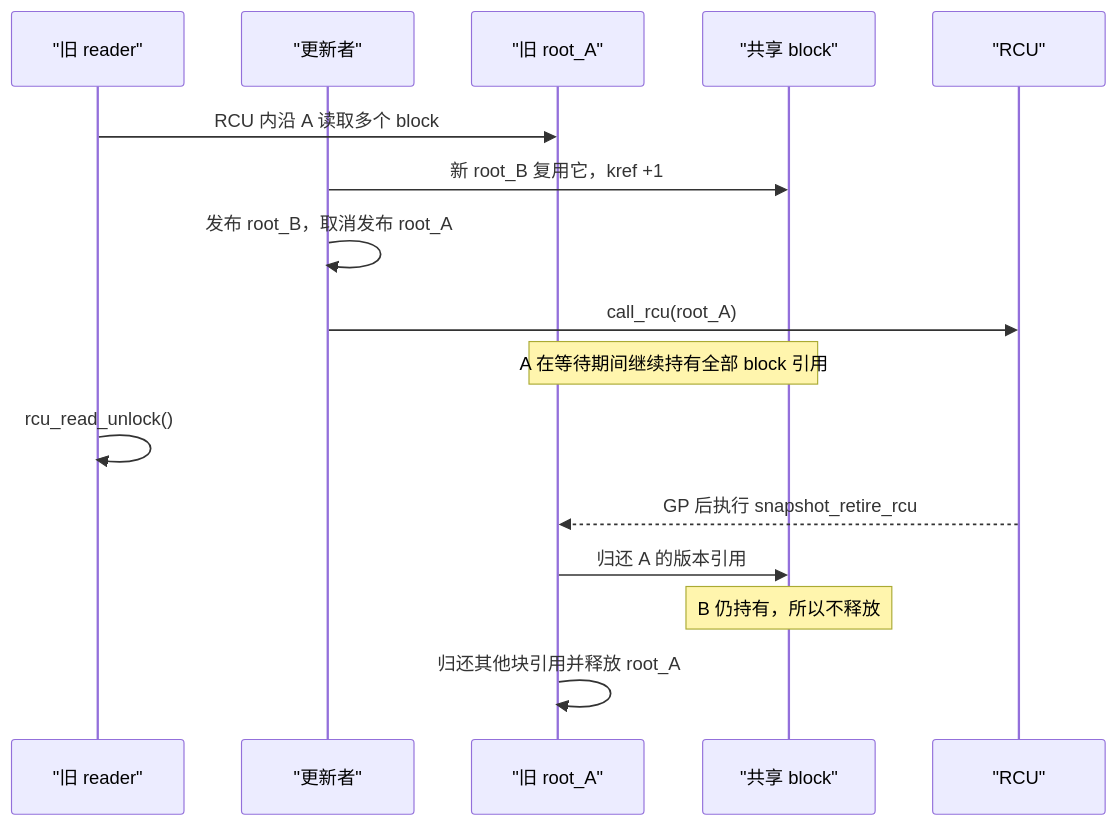
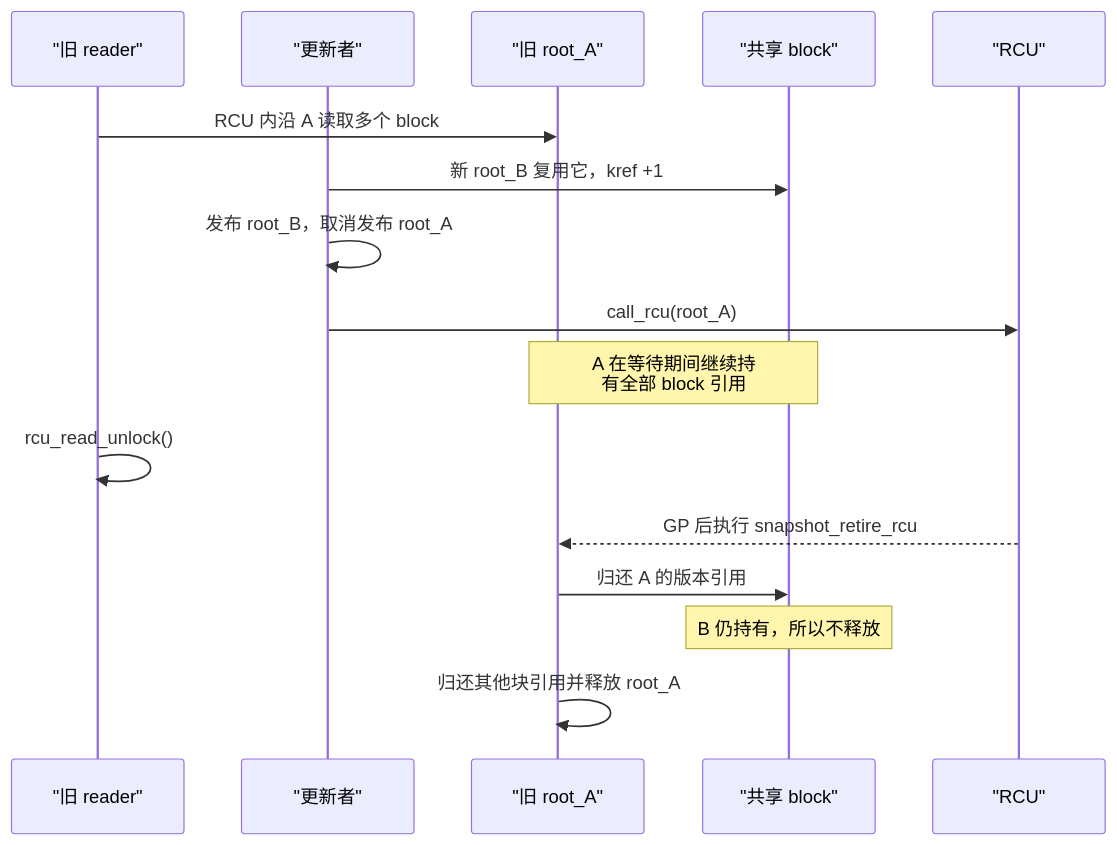
The second of 2 diagrams in knowledge/linux/synchronization/rcu/P04_RCU_kref与复合对象生命周期.md (FormingSystem/linux_note), drawn with Mermaid before and after one commit. The commit also changed other lines of this file and 2 other files, not shown here.

````diff
--- a/knowledge/linux/synchronization/rcu/P04_RCU_kref与复合对象生命周期.md
+++ b/knowledge/linux/synchronization/rcu/P04_RCU_kref与复合对象生命周期.md
@@ -336,19 +336,19 @@
 ```mermaid
 sequenceDiagram
     participant R as "旧 reader"
     participant W as "更新者"
     participant A as "旧 root_A"
     participant Shared as "共享 block"
     participant GP as "RCU"
 
     R->>A: RCU 内沿 A 读取多个 block
     W->>Shared: 新 root_B 复用它，kref +1
     W->>W: 发布 root_B，取消发布 root_A
     W->>GP: call_rcu(root_A)
-    Note over A,Shared: A 在等待期间继续持有全部 block 引用
+    Note over A,Shared: A 在等待期间继续持<br/>有全部 block 引用
     R->>R: rcu_read_unlock()
     GP-->>A: GP 后执行 snapshot_retire_rcu
     A->>Shared: 归还 A 的版本引用
     Note over Shared: B 仍持有，所以不释放
     A->>A: 归还其他块引用并释放 root_A
 ```
````
